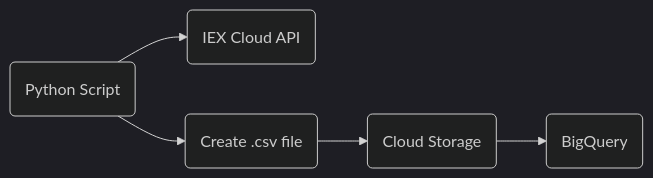
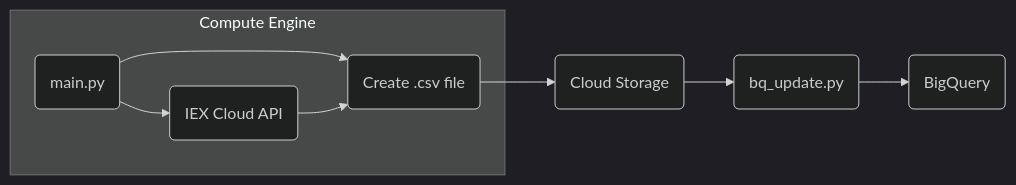
The diagram in README.md (digitalghost-dev/stock-data-pipeline), drawn with Mermaid (dark theme) before and after one commit. The commit also changed other lines of this file, not shown here.

Commit message:
updating flow chart, more word content

````diff
--- a/README.md
+++ b/README.md
@@ -14,6 +16,10 @@
 ```mermaid
 flowchart LR;
-    A(Python Script)-->B(IEX Cloud API) & C(Create .csv file);
+    subgraph Compute Engine;
+    A(main.py)-->B(IEX Cloud API) & C(Create .csv file);
+    end;
+    B-->C;
     C-->D(Cloud Storage);
-    D-->E(BigQuery);
+    D-->E(bq_update.py);
+    E-->F(BigQuery);
 ```
````
